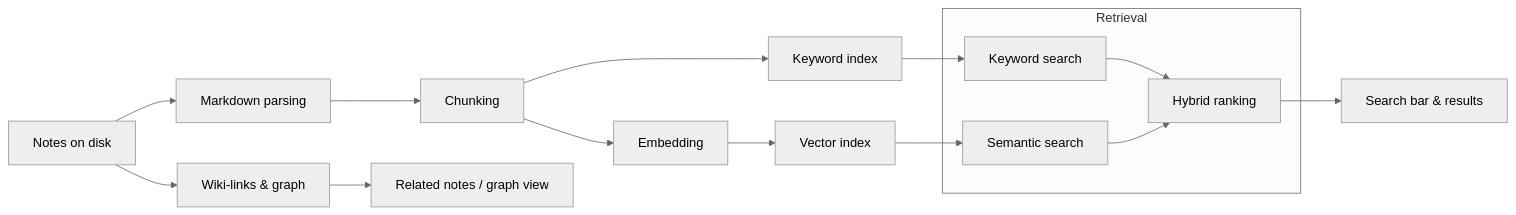
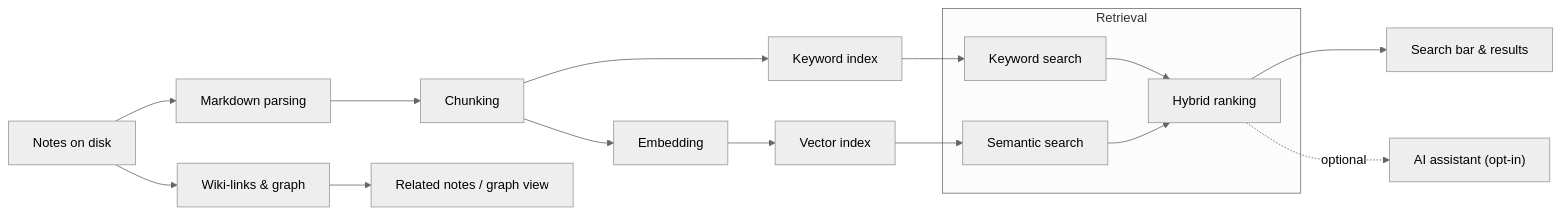
The diagram in docs/ai-architecture.md (AOSSIE-Org/SmartNotes), drawn with Mermaid (neutral theme) before and after one commit. The commit also changed other lines of this file, not shown here.

Commit message:
docs: fix MD041 title heading and add optional assistant layer to pipeline

````diff
--- a/docs/ai-architecture.md
+++ b/docs/ai-architecture.md
@@ -13,20 +13,21 @@
 ```mermaid
 flowchart LR
   Notes[Notes on disk] --> Parse[Markdown parsing]
   Parse --> Chunk[Chunking]
   Chunk --> Embed[Embedding]
   Embed --> VecIdx[Vector index]
   Chunk --> KwIdx[Keyword index]
   Notes --> KG[Wiki‑links & graph]
 
   subgraph Retrieval[Retrieval]
     KW[Keyword search] --> Fuse[Hybrid ranking]
     Sem[Semantic search] --> Fuse
   end
 
   KwIdx --> KW
   VecIdx --> Sem
 
   Fuse --> UI_Search[Search bar & results]
+  Fuse -.->|optional| Assist["AI assistant (opt-in)"]
   KG --> UI_Related[Related notes / graph view]
 ```
````
